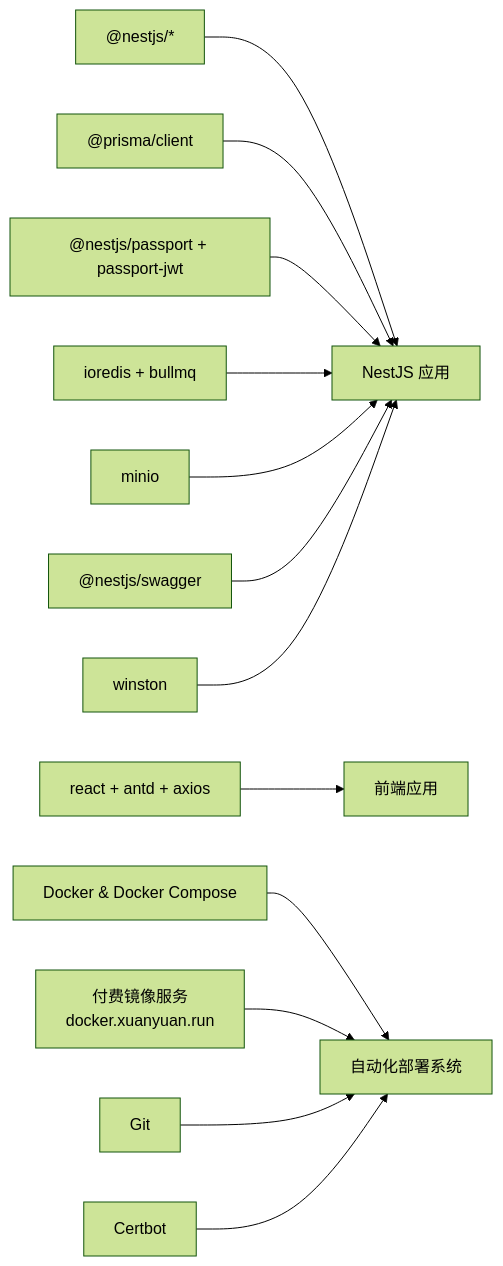
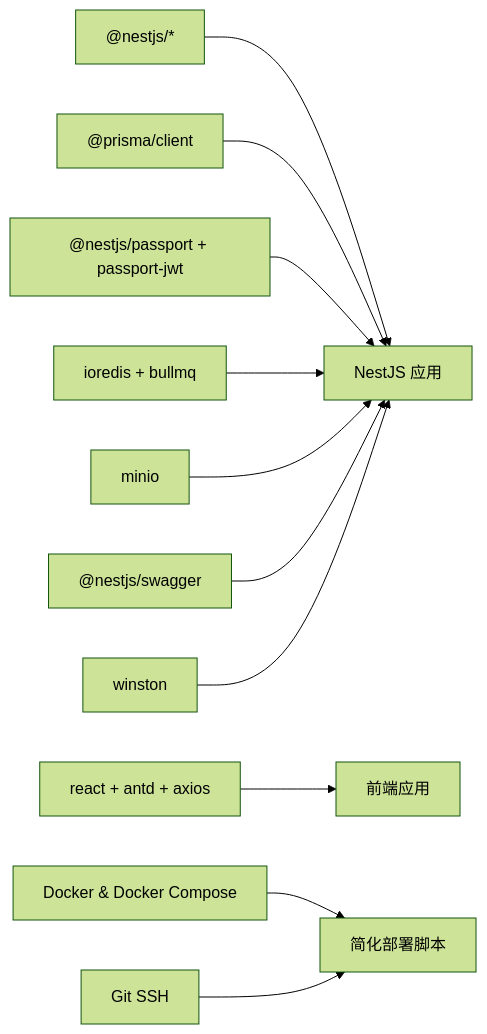
One commit to LouisFantansy/Budget_Mgt_Enterprise changed diagram 15 of 15 in .qoder/repowiki/zh/content/部署运维.md. Above: the diagram before and after it, drawn with Mermaid (forest theme). The commit also changed other lines of this file and 4 other files, not shown here.

````diff
--- a/.qoder/repowiki/zh/content/部署运维.md
+++ b/.qoder/repowiki/zh/content/部署运维.md
@@ -722,15 +718,13 @@
 ```mermaid
 graph LR
 NEST["@nestjs/*"] --> APP["NestJS 应用"]
 PRISMA["@prisma/client"] --> APP
 PASS["@nestjs/passport + passport-jwt"] --> APP
 REDIS["ioredis + bullmq"] --> APP
 MINIO["minio"] --> APP
 SWAGGER["@nestjs/swagger"] --> APP
 WINSTON["winston"] --> APP
 REACT["react + antd + axios"] --> FRONT["前端应用"]
-DOCKER["Docker & Docker Compose"] --> AUTO["自动化部署系统"]
-MIRROR["付费镜像服务<br/>docker.xuanyuan.run"] --> AUTO
-GIT["Git"] --> AUTO
-CERTBOT["Certbot"] --> AUTO
+DOCKER["Docker & Docker Compose"] --> DEPLOY["简化部署脚本"]
+GIT["Git SSH"] --> DEPLOY
 ```
````
